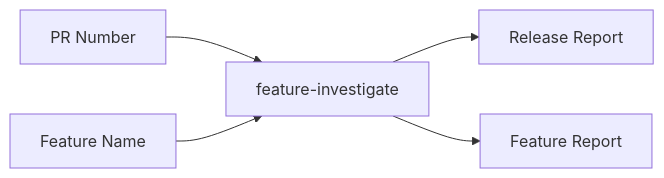
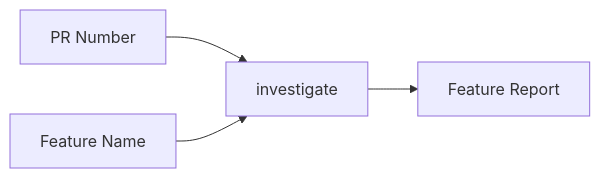
Before and after one commit to tkykenmt/opensearch-feature-explorer: the seventh of 8 diagrams in README.md, drawn with Mermaid. The commit also changed other lines of this file and 4 other files, not shown here.

````diff
--- a/README.md
+++ b/README.md
@@ -179,7 +178,6 @@
 ```mermaid
 flowchart LR
-    A[PR Number] --> B[feature-investigate]
+    A[PR Number] --> B[investigate]
     C[Feature Name] --> B
-    B --> D[Release Report]
-    B --> E[Feature Report]
+    B --> D[Feature Report]
 ```
````
